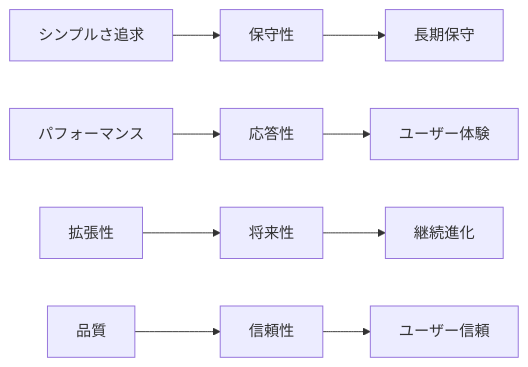
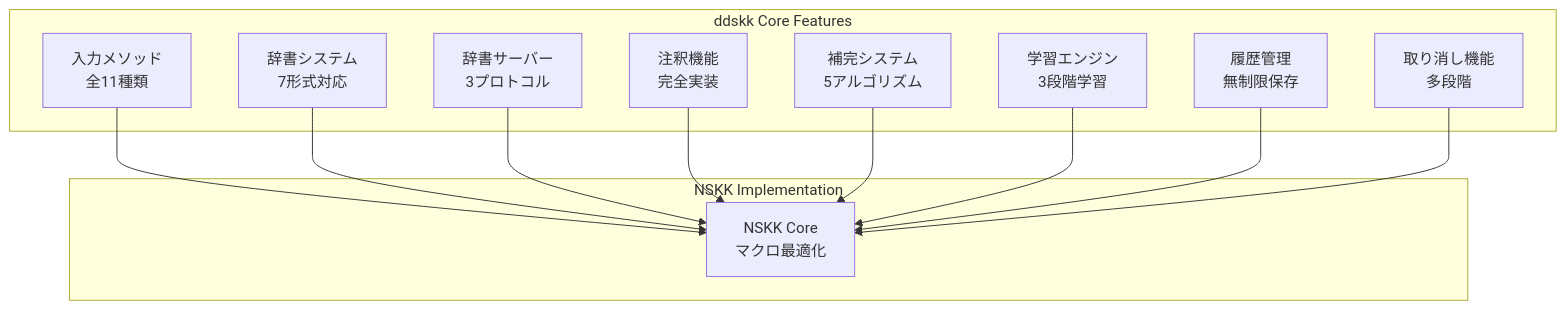
Before and after one commit to takeokunn/nskk.el: the first of 15 diagrams in docs/explanation/comprehensive-architecture-overview.md, drawn with Mermaid. The commit also changed other lines of this file and 3 other files, not shown here.

````diff
--- a/docs/explanation/comprehensive-architecture-overview.md
+++ b/docs/explanation/comprehensive-architecture-overview.md
@@ -156,12 +55,26 @@
 ```mermaid
-graph LR
-    SIMPLICITY[シンプルさ追求] --> MAINTAINABILITY[保守性]
-    PERFORMANCE[パフォーマンス] --> RESPONSIVENESS[応答性]
-    EXTENSIBILITY[拡張性] --> FUTURE_PROOF[将来性]
-    QUALITY[品質] --> RELIABILITY[信頼性]
+graph TD
+    subgraph "ddskk Core Features"
+        DDSKK_INPUT[入力メソッド<br/>全11種類]
+        DDSKK_DICT[辞書システム<br/>7形式対応]
+        DDSKK_SERVER[辞書サーバー<br/>3プロトコル]
+        DDSKK_ANNO[注釈機能<br/>完全実装]
+        DDSKK_COMP[補完システム<br/>5アルゴリズム]
+        DDSKK_LEARN[学習エンジン<br/>3段階学習]
+        DDSKK_HISTORY[履歴管理<br/>無制限保存]
+        DDSKK_UNDO[取り消し機能<br/>多段階]
+    end
 
-    MAINTAINABILITY --> LONG_TERM[長期保守]
-    RESPONSIVENESS --> USER_EXP[ユーザー体験]
-    FUTURE_PROOF --> EVOLUTION[継続進化]
-    RELIABILITY --> TRUST[ユーザー信頼]
+    subgraph "NSKK Implementation"
+        NSKK_CORE[NSKK Core<br/>マクロ最適化]
+    end
+
+    DDSKK_INPUT --> NSKK_CORE
+    DDSKK_DICT --> NSKK_CORE
+    DDSKK_SERVER --> NSKK_CORE
+    DDSKK_ANNO --> NSKK_CORE
+    DDSKK_COMP --> NSKK_CORE
+    DDSKK_LEARN --> NSKK_CORE
+    DDSKK_HISTORY --> NSKK_CORE
+    DDSKK_UNDO --> NSKK_CORE
 ```
````
